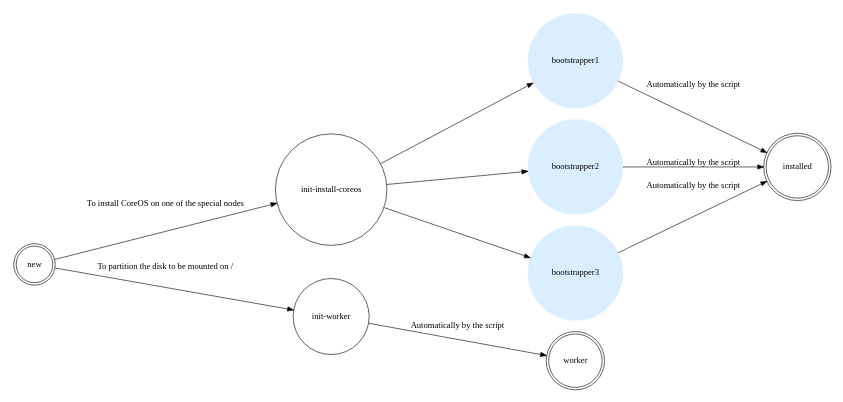
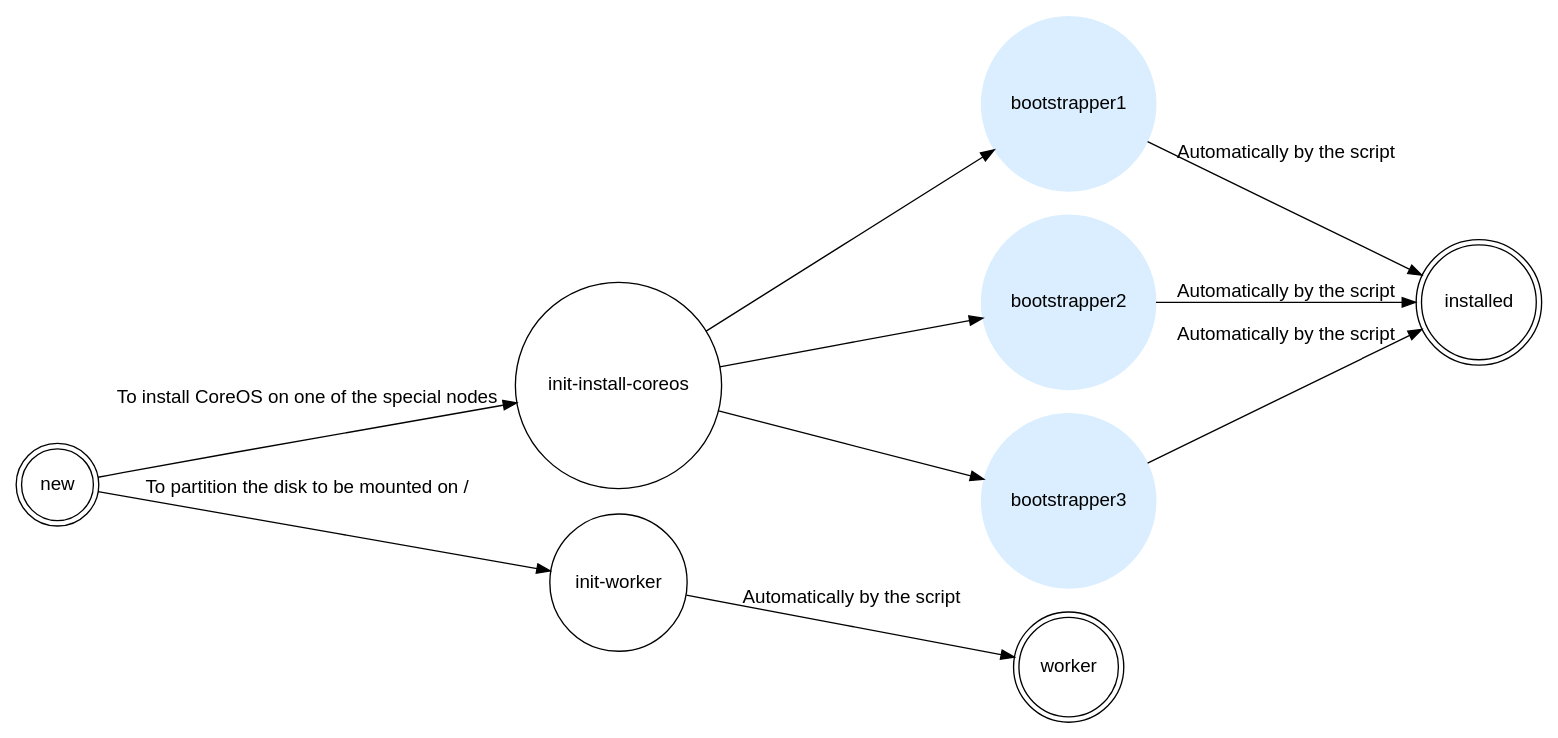
Before and after one commit to cafebazaar/blacksmith-kubernetes: the diagram in Doc/StateMachine.dot, drawn with Graphviz. The commit also changed 3 other files, not shown here.

Commit message:
[doc] Minor, better quality for graphs

```diff
--- a/Doc/StateMachine.dot
+++ b/Doc/StateMachine.dot
@@ -1,18 +1,23 @@
 digraph finite_state_machine {
 	rankdir=LR;
-	size="8,5"
-	node [shape = doublecircle]; new installed worker;
+	size="15"
+
+	graph [ fontname = "arial" ];
+	edge [ fontname = "arial" ];
+
+	node [fontname = "arial" shape = doublecircle]; new installed worker;
 	node [shape = circle ];
 	bootstrapper1 [style=filled, color="#daeeff"];
 	bootstrapper2 [style=filled, color="#daeeff"];
 	bootstrapper3 [style=filled, color="#daeeff"];
+
 	new -> "init-install-coreos" [ label = "To install CoreOS on one of the special nodes" ];
 	"init-install-coreos" -> bootstrapper1 [ label = "" ];
-  "init-install-coreos" -> bootstrapper2 [ label = "" ];
-  "init-install-coreos" -> bootstrapper3 [ label = "" ];
-  bootstrapper1 -> installed [ label = "Automatically by the script" ];
-  bootstrapper2 -> installed [ label = "Automatically by the script" ];
-  bootstrapper3 -> installed [ label = "Automatically by the script" ];
-  new -> "init-worker" [ label = "To partition the disk to be mounted on /" ];
-  "init-worker" -> worker [ label = "Automatically by the script" ];
+	"init-install-coreos" -> bootstrapper2 [ label = "" ];
+	"init-install-coreos" -> bootstrapper3 [ label = "" ];
+	bootstrapper1 -> installed [ label = "Automatically by the script" ];
+	bootstrapper2 -> installed [ label = "Automatically by the script" ];
+	bootstrapper3 -> installed [ label = "Automatically by the script" ];
+	new -> "init-worker" [ label = "To partition the disk to be mounted on /" ];
+	"init-worker" -> worker [ label = "Automatically by the script" ];
 }
```
